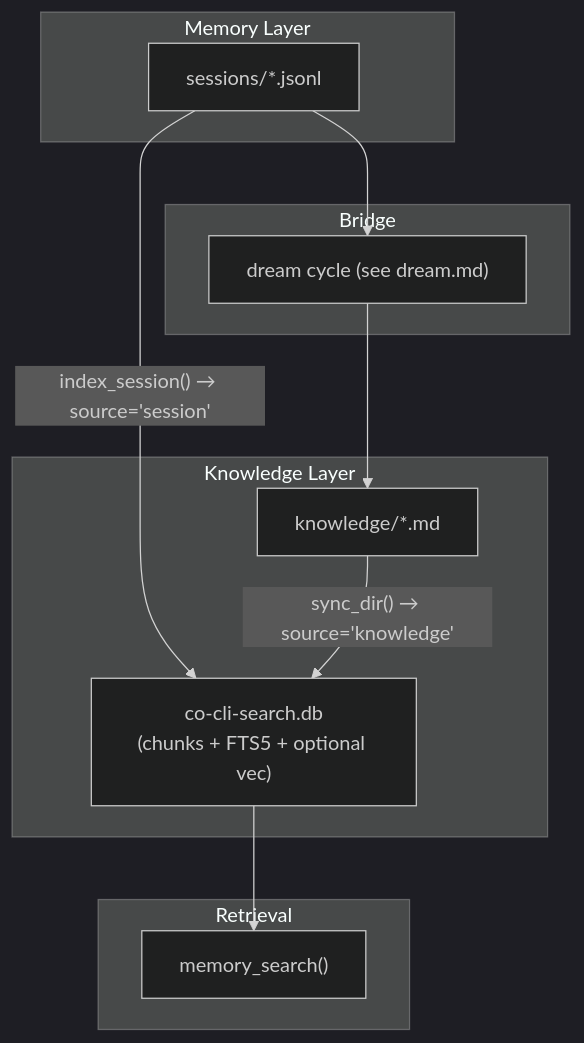
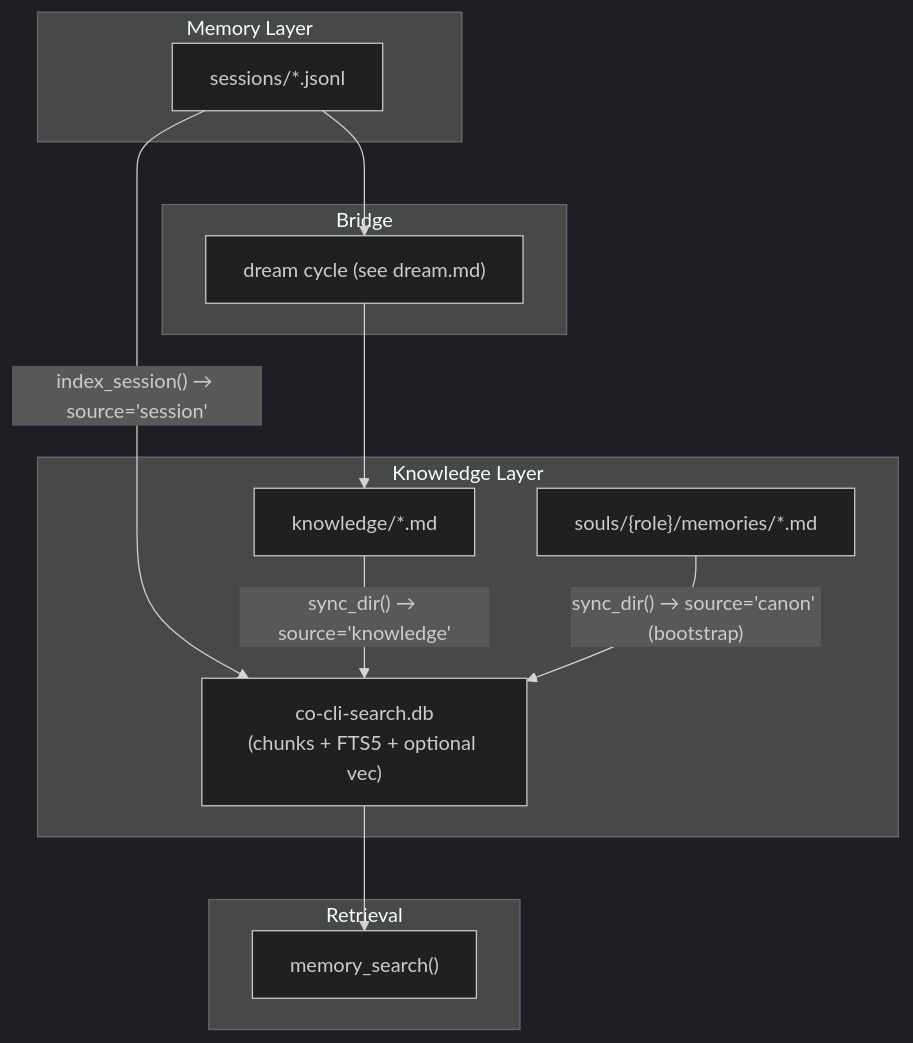
One commit to binlecode/co-cli changed the diagram in docs/specs/memory.md. Above: the diagram before and after it, drawn with Mermaid (dark theme). The commit also changed other lines of this file and 42 other files, not shown here.

````diff
--- a/docs/specs/memory.md
+++ b/docs/specs/memory.md
@@ -17,25 +17,27 @@
 ```mermaid
 flowchart TD
     subgraph Memory["Memory Layer"]
         Sessions["sessions/*.jsonl"]
     end
 
     subgraph Bridge["Bridge"]
         Dream["dream cycle (see dream.md)"]
     end
 
     subgraph Knowledge["Knowledge Layer"]
         KDir["knowledge/*.md"]
+        CanonDir["souls/{role}/memories/*.md"]
         SearchDB["co-cli-search.db\n(chunks + FTS5 + optional vec)"]
     end
 
     subgraph Recall["Retrieval"]
         MemorySearch["memory_search()"]
     end
 
     Sessions -->|"index_session() → source='session'"| SearchDB
     Sessions --> Dream
     Dream --> KDir
     KDir -->|"sync_dir() → source='knowledge'"| SearchDB
+    CanonDir -->|"sync_dir() → source='canon' (bootstrap)"| SearchDB
     SearchDB --> MemorySearch
 ```
````
